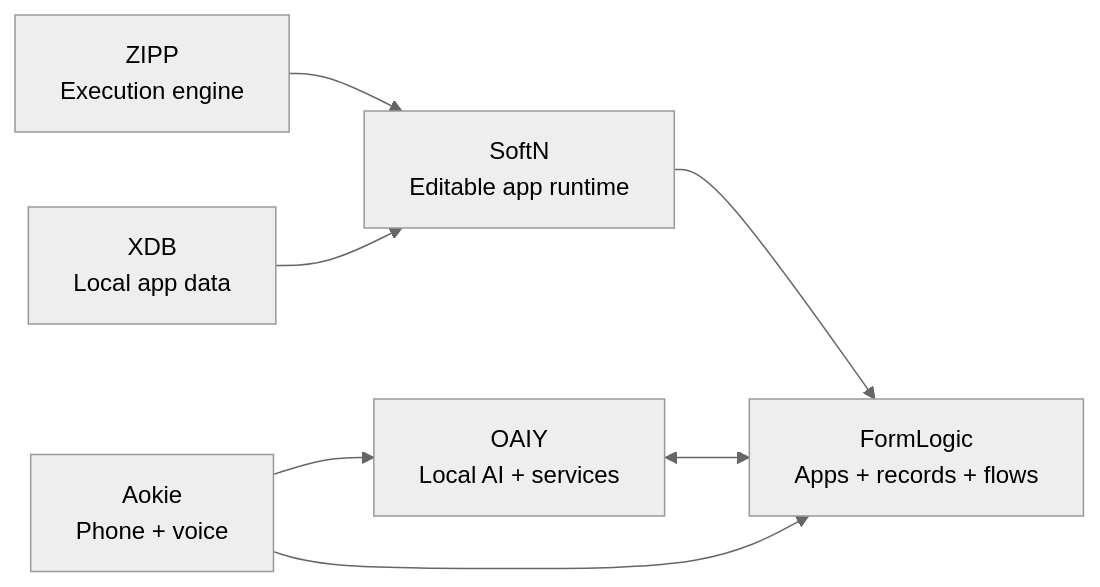
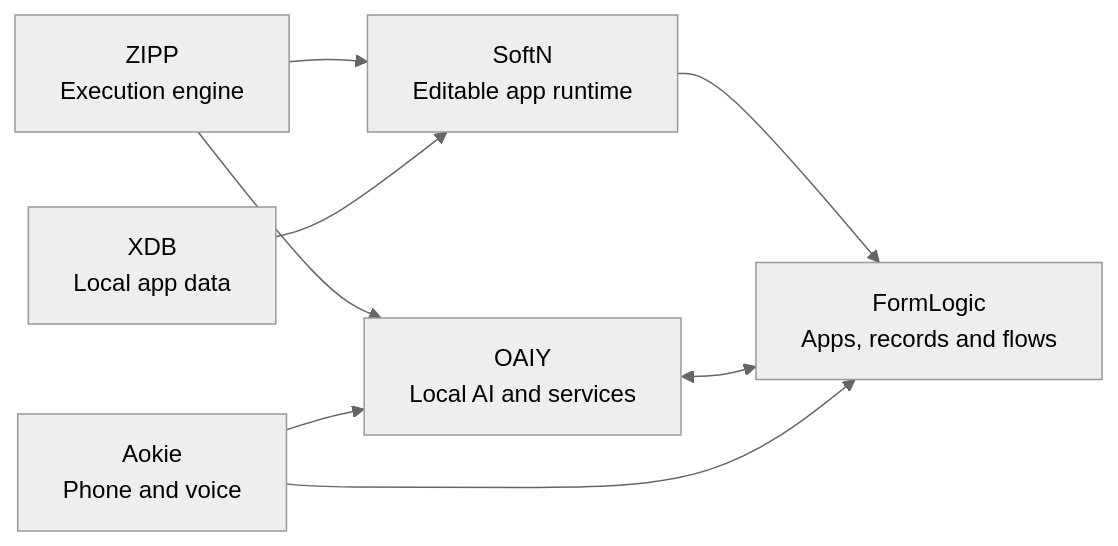
The diagram in profile/README.md (f2i-com/.github), drawn with Mermaid (neutral theme) before and after one commit. The commit also changed other lines of this file and 1 other file, not shown here.

````diff
--- a/profile/README.md
+++ b/profile/README.md
@@ -162,9 +187,10 @@
 ```mermaid
 flowchart LR
-    Z[ZIPP\nExecution engine] --> S[SoftN\nEditable app runtime]
-    X[XDB\nLocal app data] --> S
-    S --> F[FormLogic\nApps + records + flows]
-    O[OAIY\nLocal AI + services] <--> F
-    A[Aokie\nPhone + voice] --> O
+    Z["ZIPP<br/>Execution engine"] --> S["SoftN<br/>Editable app runtime"]
+    Z --> O
+    X["XDB<br/>Local app data"] --> S
+    S --> F["FormLogic<br/>Apps, records and flows"]
+    O["OAIY<br/>Local AI and services"] <--> F
+    A["Aokie<br/>Phone and voice"] --> O
     A --> F
 ```
````
